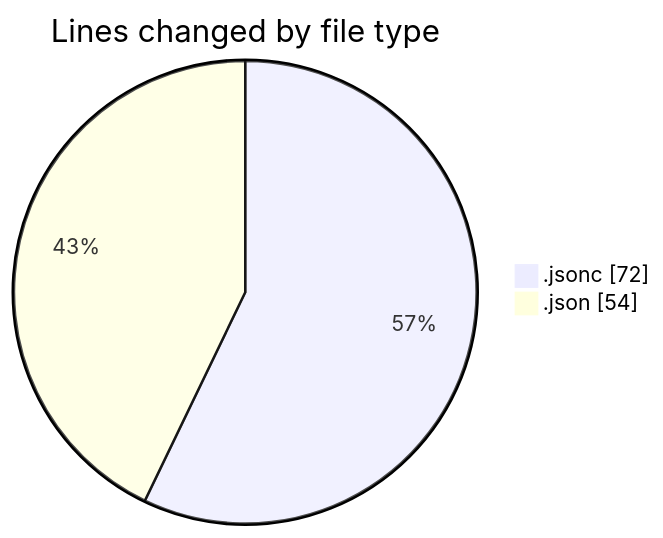
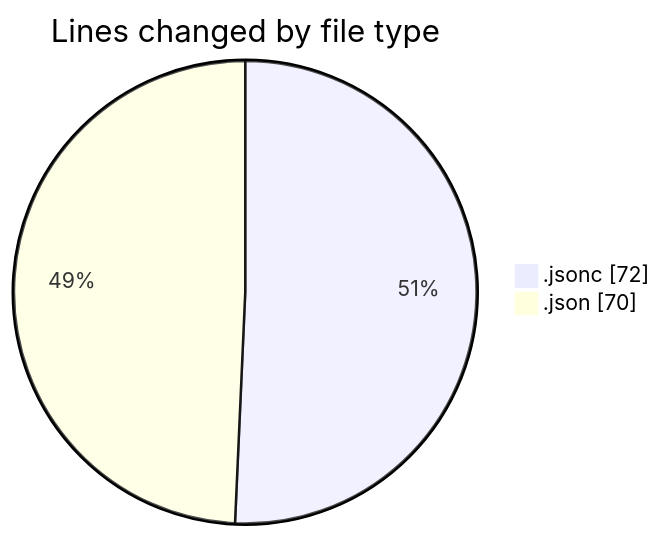
Before and after one commit to EIIisD/code-tracking: the first of 2 diagrams in 2025-08-03/opencode/README.md, drawn with Mermaid. The commit also changed other lines of this file and 1 other file, not shown here.

````diff
--- a/2025-08-03/opencode/README.md
+++ b/2025-08-03/opencode/README.md
@@ -21,6 +22,6 @@
 ```mermaid
 pie showData
 title Lines changed by file type
 ".jsonc" : 72
-".json" : 54
+".json" : 70
 ```
````
